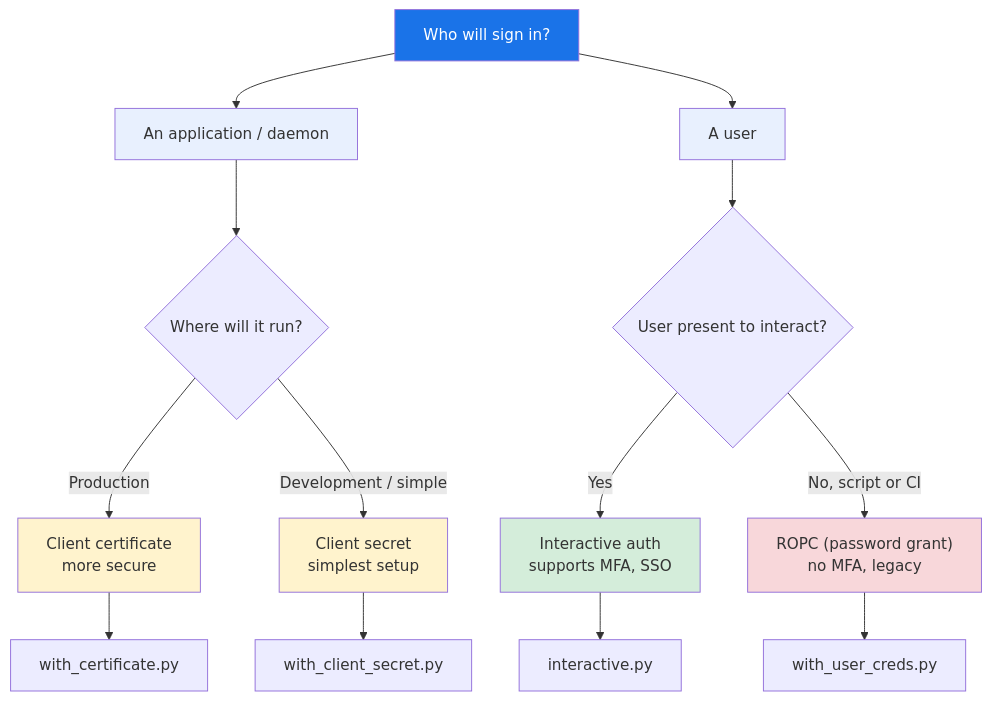
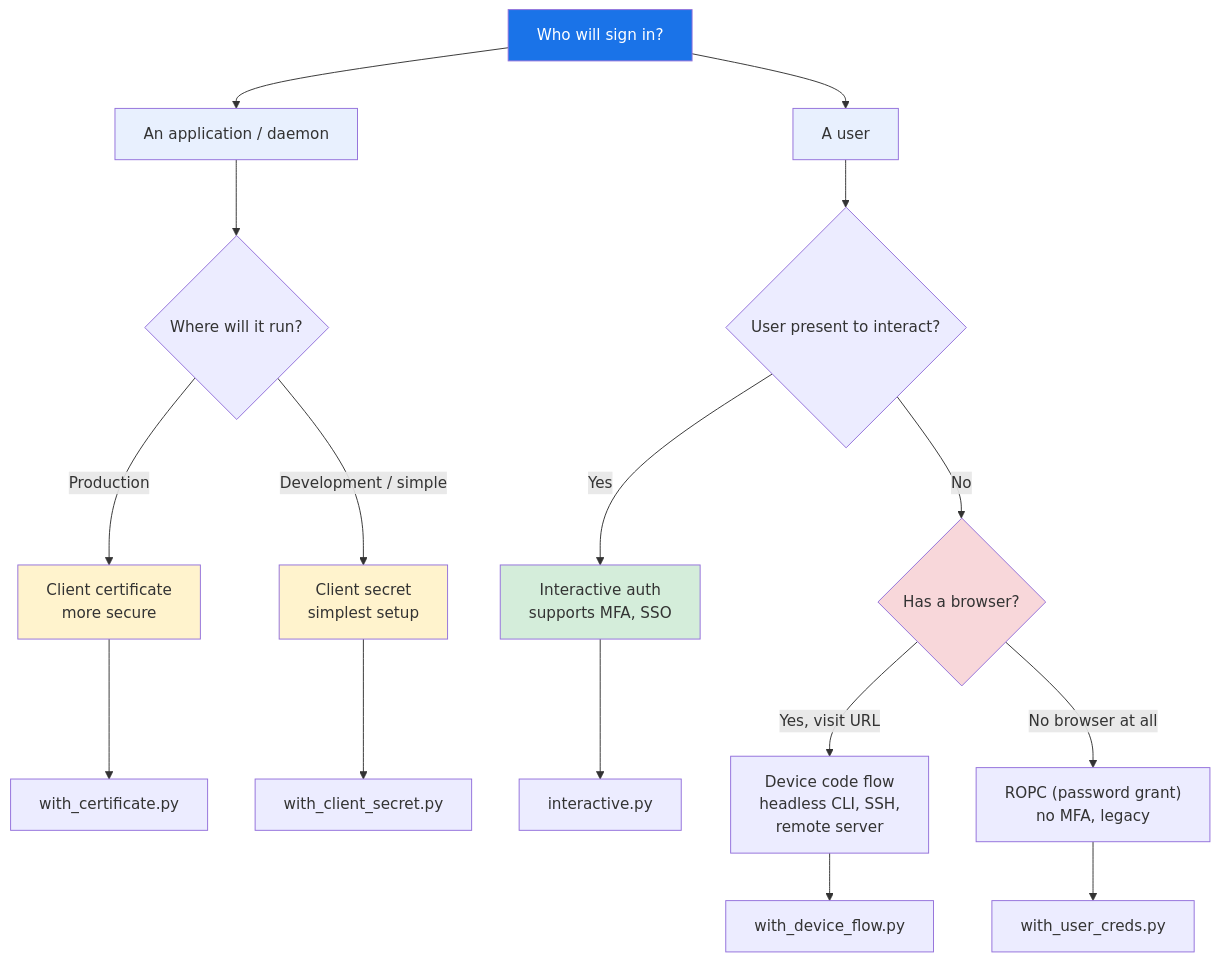
Before and after one commit to vgrem/office365-rest-python-client: the diagram in examples/auth/README.md, drawn with Mermaid. The commit also changed other lines of this file and 4 other files, not shown here.

Commit message:
feat: add device code flow to GraphClient + example + update auth README

````diff
--- a/examples/auth/README.md
+++ b/examples/auth/README.md
@@ -10,26 +10,29 @@
 ```mermaid
 flowchart TD
     A[Who will sign in?] --> B[An application / daemon]
     A --> C[A user]
 
     B --> D{Where will it run?}
     D -->|Production| E[Client certificate\nmore secure]
     D -->|Development / simple| F[Client secret\nsimplest setup]
 
     C --> G{User present to interact?}
     G -->|Yes| H[Interactive auth\nsupports MFA, SSO]
-    G -->|No, script or CI| I["ROPC (password grant)\nno MFA, legacy"]
+    G -->|No| I{Has a browser?}
+    I -->|Yes, visit URL| N[Device code flow\nheadless CLI, SSH,\nremote server]
+    I -->|No browser at all| O["ROPC (password grant)\nno MFA, legacy"]
 
     E --> J[with_certificate.py]
     F --> K[with_client_secret.py]
     H --> L[interactive.py]
-    I --> M[with_user_creds.py]
+    N --> P[with_device_flow.py]
+    O --> M[with_user_creds.py]
 
     style A fill:#1a73e8,color:#fff
     style B fill:#e8f0fe
     style C fill:#e8f0fe
     style E fill:#fff3cd
     style F fill:#fff3cd
     style H fill:#d4edda
     style I fill:#f8d7da
 ```
````
